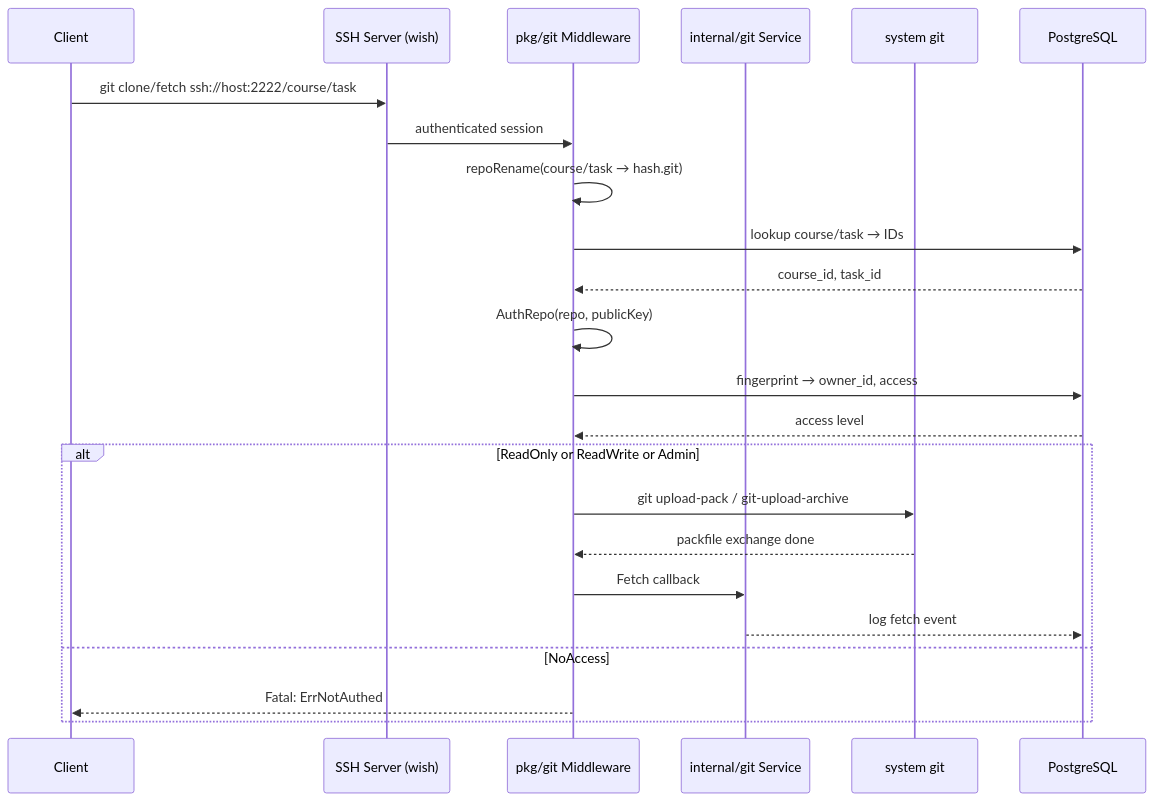
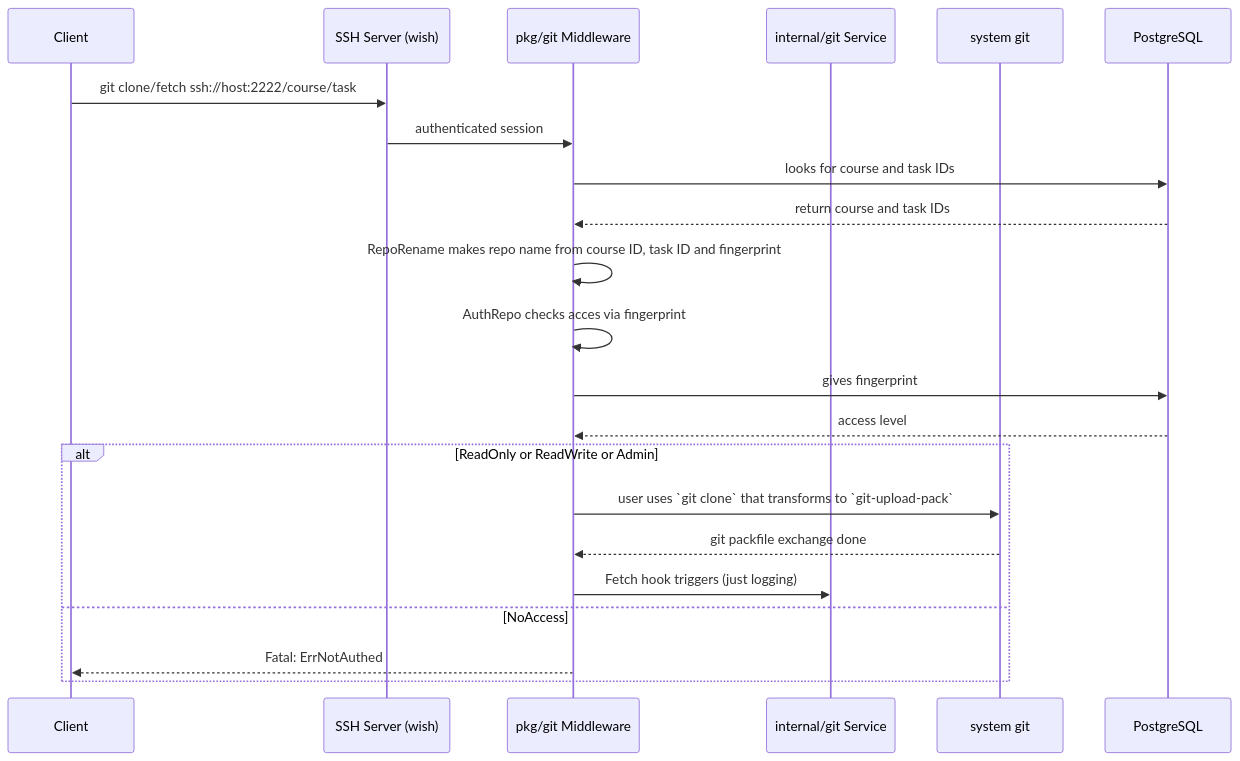
One commit to dsc-sgu/mm-backend changed the second of 2 diagrams in internal/git/README.md. Above: the diagram before and after it, drawn with Mermaid. The commit also changed other lines of this file, not shown here.

Commit message:
fix: git README

````diff
--- a/internal/git/README.md
+++ b/internal/git/README.md
@@ -48,26 +48,25 @@
 ```mermaid
 sequenceDiagram
     participant C as Client
     participant SSH as SSH Server (wish)
     participant MW as pkg/git Middleware
     participant Svc as internal/git Service
     participant Git as system git
     participant DB as PostgreSQL
 
     C->>SSH: git clone/fetch ssh://host:2222/course/task
     SSH->>MW: authenticated session
-    MW->>MW: repoRename(course/task → hash.git)
-    MW->>DB: lookup course/task → IDs
-    DB-->>MW: course_id, task_id
-    MW->>MW: AuthRepo(repo, publicKey)
-    MW->>DB: fingerprint → owner_id, access
+    MW->>DB: looks for course and task IDs
+    DB-->>MW: return course and task IDs
+    MW->>MW: RepoRename makes repo name from course ID, task ID and fingerprint
+    MW->>MW: AuthRepo checks acces via fingerprint
+    MW->>DB: gives fingerprint     
     DB-->>MW: access level
     alt ReadOnly or ReadWrite or Admin
-        MW->>Git: git upload-pack / git-upload-archive
-        Git-->>MW: packfile exchange done
-        MW->>Svc: Fetch callback
-        Svc-->>DB: log fetch event
+        MW->>Git: user uses `git clone` that transforms to `git-upload-pack`        
+        Git-->>MW: git packfile exchange done
+        MW->>Svc: Fetch hook triggers (just logging)
     else NoAccess
         MW-->>C: Fatal: ErrNotAuthed
     end
 ```
````
